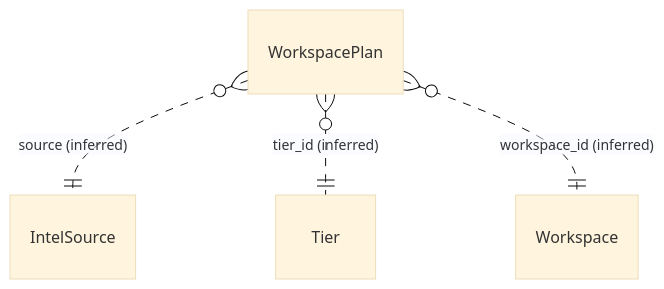
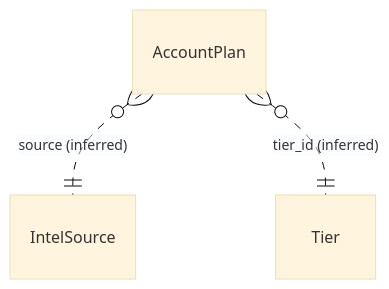
The third of 13 diagrams in docs/reference/data-model.md (ruinosus/dna), drawn with Mermaid (base theme) before and after one commit. The commit also changed other lines of this file and 40 other files, not shown here.

````diff
--- a/docs/reference/data-model.md
+++ b/docs/reference/data-model.md
@@ -152,10 +151,8 @@
 ```mermaid
 erDiagram
+    AccountPlan
     IntelSource
     Tier
-    Workspace
-    WorkspacePlan
-    WorkspacePlan }o..|| IntelSource : "source (inferred)"
-    WorkspacePlan }o..|| Tier : "tier_id (inferred)"
-    WorkspacePlan }o..|| Workspace : "workspace_id (inferred)"
+    AccountPlan }o..|| IntelSource : "source (inferred)"
+    AccountPlan }o..|| Tier : "tier_id (inferred)"
 ```
````
